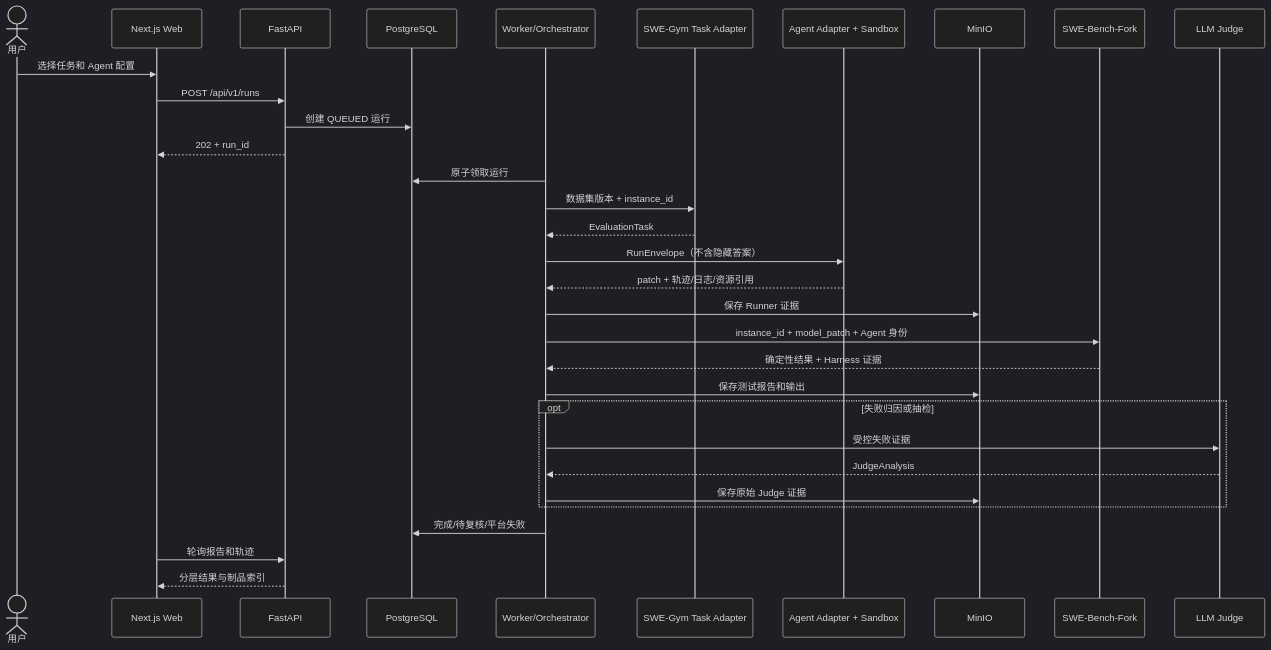
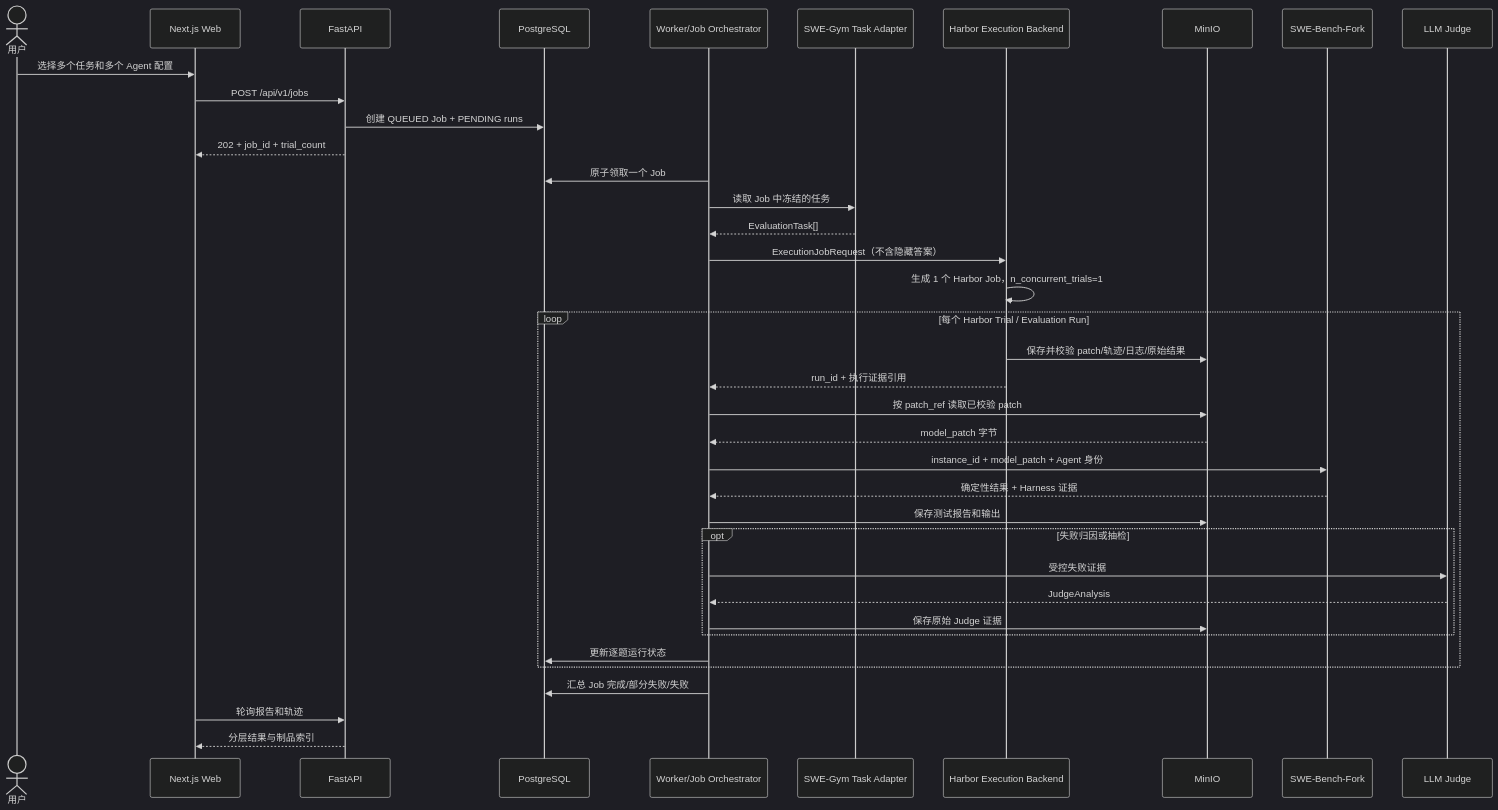
The second of 2 diagrams in docs/architecture/ARCHITECTURE.md (anphuchoang5-sys/agent-exam), drawn with Mermaid (dark theme) before and after one commit. The commit also changed other lines of this file and 14 other files, not shown here.

Commit message:
docs: finalize Harbor execution architecture

````diff
--- a/docs/architecture/ARCHITECTURE.md
+++ b/docs/architecture/ARCHITECTURE.md
@@ -101,35 +113,41 @@
 ```mermaid
 sequenceDiagram
     actor U as 用户
     participant W as Next.js Web
     participant A as FastAPI
     participant D as PostgreSQL
-    participant K as Worker/Orchestrator
+    participant K as Worker/Job Orchestrator
     participant T as SWE-Gym Task Adapter
-    participant R as Agent Adapter + Sandbox
+    participant H as Harbor Execution Backend
     participant S as MinIO
     participant E as SWE-Bench-Fork
     participant J as LLM Judge
 
-    U->>W: 选择任务和 Agent 配置
-    W->>A: POST /api/v1/runs
-    A->>D: 创建 QUEUED 运行
-    A-->>W: 202 + run_id
-    K->>D: 原子领取运行
-    K->>T: 数据集版本 + instance_id
-    T-->>K: EvaluationTask
-    K->>R: RunEnvelope（不含隐藏答案）
-    R-->>K: patch + 轨迹/日志/资源引用
-    K->>S: 保存 Runner 证据
-    K->>E: instance_id + model_patch + Agent 身份
-    E-->>K: 确定性结果 + Harness 证据
-    K->>S: 保存测试报告和输出
-    opt 失败归因或抽检
-        K->>J: 受控失败证据
-        J-->>K: JudgeAnalysis
-        K->>S: 保存原始 Judge 证据
+    U->>W: 选择多个任务和多个 Agent 配置
+    W->>A: POST /api/v1/jobs
+    A->>D: 创建 QUEUED Job + PENDING runs
+    A-->>W: 202 + job_id + trial_count
+    K->>D: 原子领取一个 Job
+    K->>T: 读取 Job 中冻结的任务
+    T-->>K: EvaluationTask[]
+    K->>H: ExecutionJobRequest（不含隐藏答案）
+    H->>H: 生成 1 个 Harbor Job，n_concurrent_trials=1
+    loop 每个 Harbor Trial / Evaluation Run
+        H->>S: 保存并校验 patch/轨迹/日志/原始结果
+        H-->>K: run_id + 执行证据引用
+        K->>S: 按 patch_ref 读取已校验 patch
+        S-->>K: model_patch 字节
+        K->>E: instance_id + model_patch + Agent 身份
+        E-->>K: 确定性结果 + Harness 证据
+        K->>S: 保存测试报告和输出
+        opt 失败归因或抽检
+            K->>J: 受控失败证据
+            J-->>K: JudgeAnalysis
+            K->>S: 保存原始 Judge 证据
+        end
+        K->>D: 更新逐题运行状态
     end
-    K->>D: 完成/待复核/平台失败
+    K->>D: 汇总 Job 完成/部分失败/失败
     W->>A: 轮询报告和轨迹
     A-->>W: 分层结果与制品索引
 ```
````
